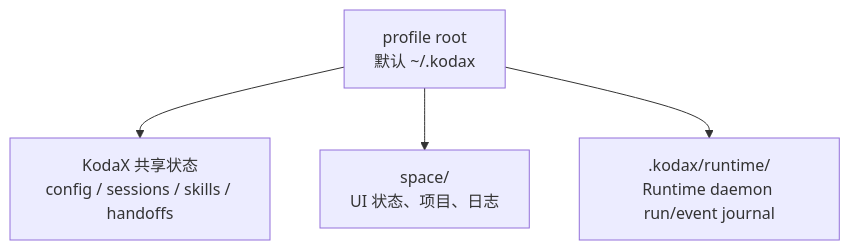
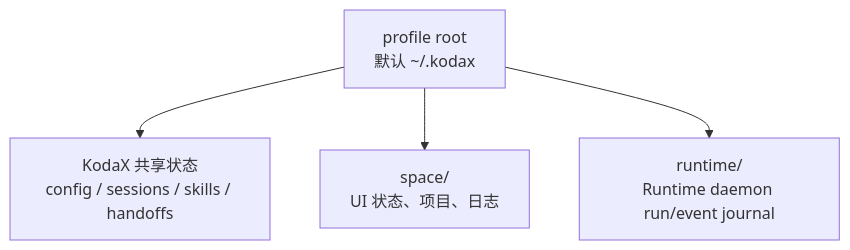
Before and after one commit to icetomoyo/KodaX-Space: the first of 2 diagrams in docs/USAGE.md, drawn with Mermaid. The commit also changed other lines of this file and 29 other files, not shown here.

````diff
--- a/docs/USAGE.md
+++ b/docs/USAGE.md
@@ -49,6 +49,6 @@
 ```mermaid
 flowchart TD
     Root["profile root<br/>默认 ~/.kodax"] --> Shared["KodaX 共享状态<br/>config / sessions / skills / handoffs"]
     Root --> Space["space/<br/>UI 状态、项目、日志"]
-    Root --> Runtime[".kodax/runtime/<br/>Runtime daemon run/event journal"]
+    Root --> Runtime["runtime/<br/>Runtime daemon run/event journal"]
 ```
````
